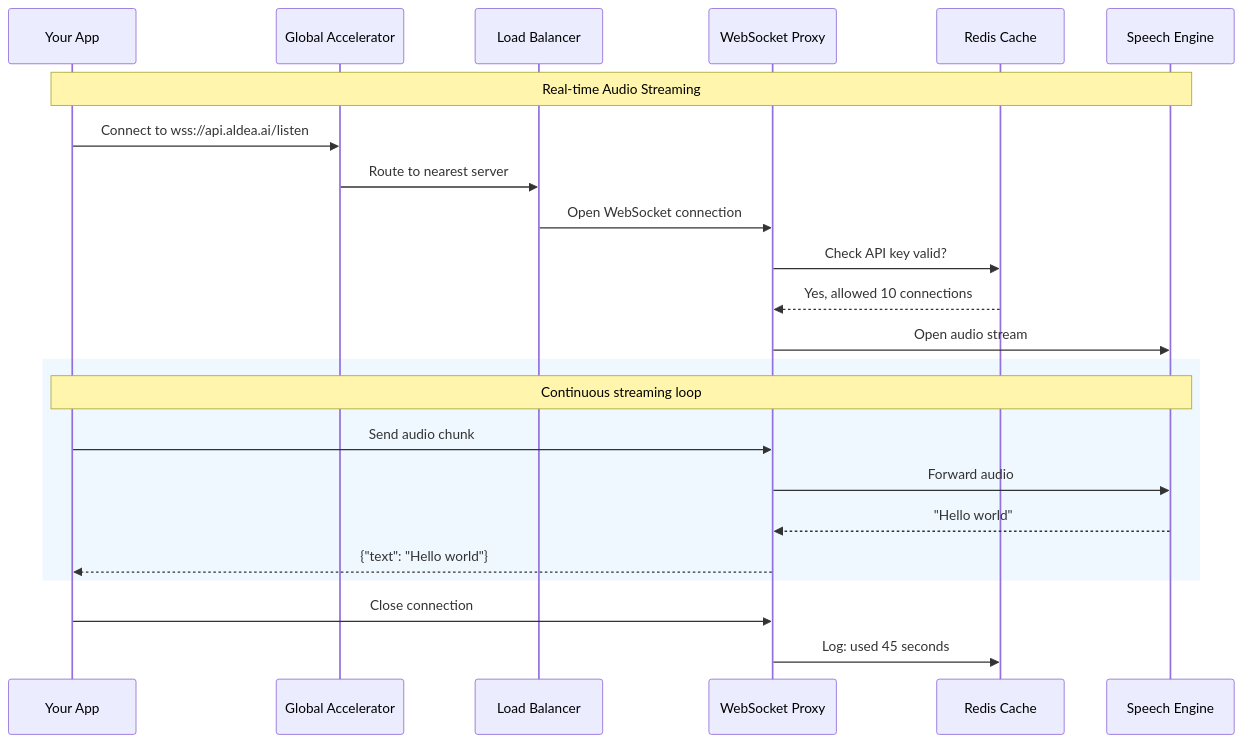
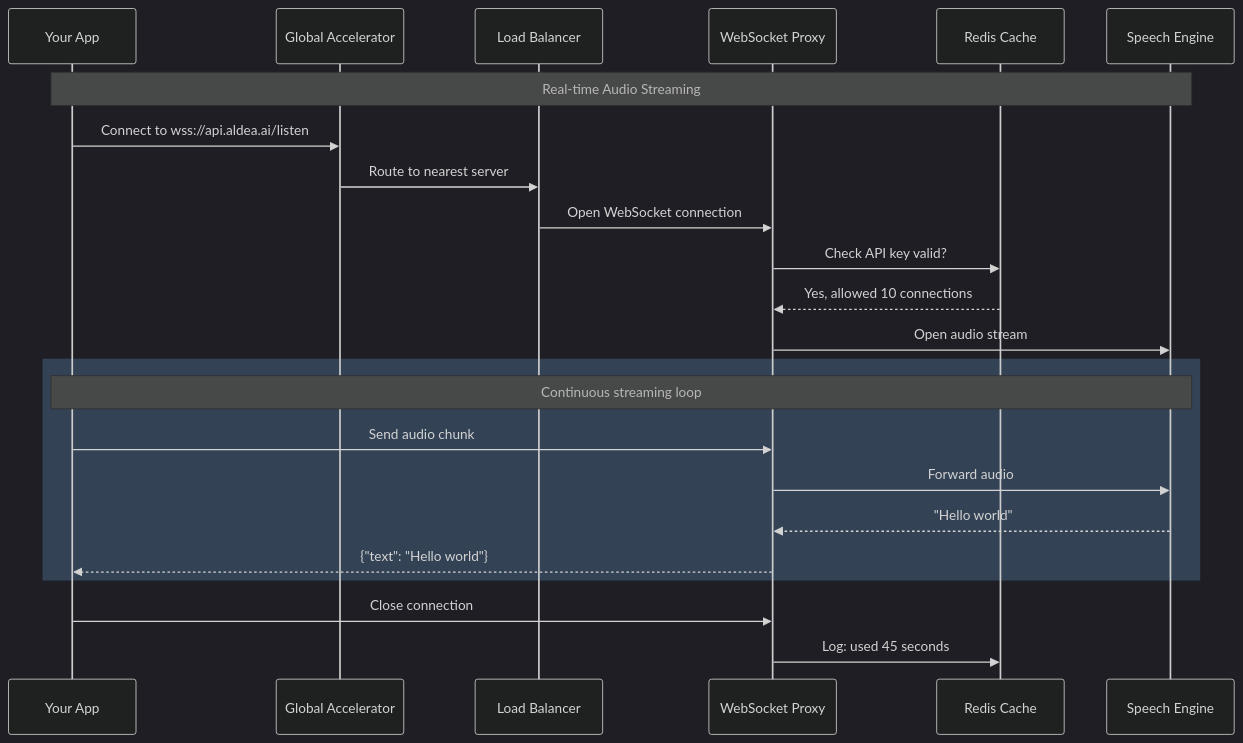
The fourth of 8 diagrams in diagrams/ecs-architecture.md (aldea-ai/infrastructure-docs), drawn with Mermaid before and after one commit. The commit also changed other lines of this file and 2 other files, not shown here.

Commit message:
Add dark theme to all Mermaid diagrams for better visibility in dark mode

````diff
--- a/diagrams/ecs-architecture.md
+++ b/diagrams/ecs-architecture.md
@@ -131,31 +134,32 @@
 ```mermaid
+%%{init: {'theme': 'dark'}}%%
 sequenceDiagram
     participant App as Your App
     participant GA as Global Accelerator
     participant LB as Load Balancer
     participant WS as WebSocket Proxy
     participant Redis as Redis Cache
     participant STT as Speech Engine
 
     Note over App,STT: Real-time Audio Streaming
 
     App->>GA: Connect to wss://api.aldea.ai/listen
     GA->>LB: Route to nearest server
     LB->>WS: Open WebSocket connection
 
     WS->>Redis: Check API key valid?
     Redis-->>WS: Yes, allowed 10 connections
 
     WS->>STT: Open audio stream
 
-    rect rgb(240, 248, 255)
+    rect rgba(100, 150, 200, 0.3)
         Note over App,STT: Continuous streaming loop
         App->>WS: Send audio chunk
         WS->>STT: Forward audio
         STT-->>WS: "Hello world"
         WS-->>App: {"text": "Hello world"}
     end
 
     App->>WS: Close connection
     WS->>Redis: Log: used 45 seconds
 ```
````
